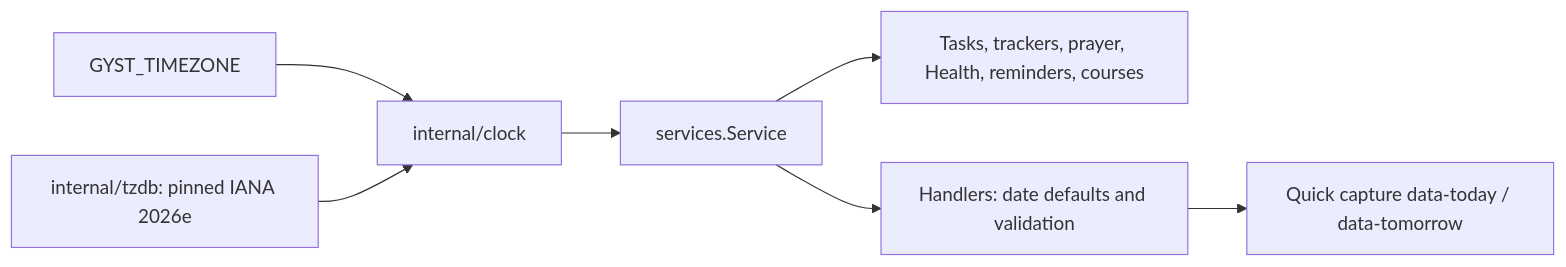
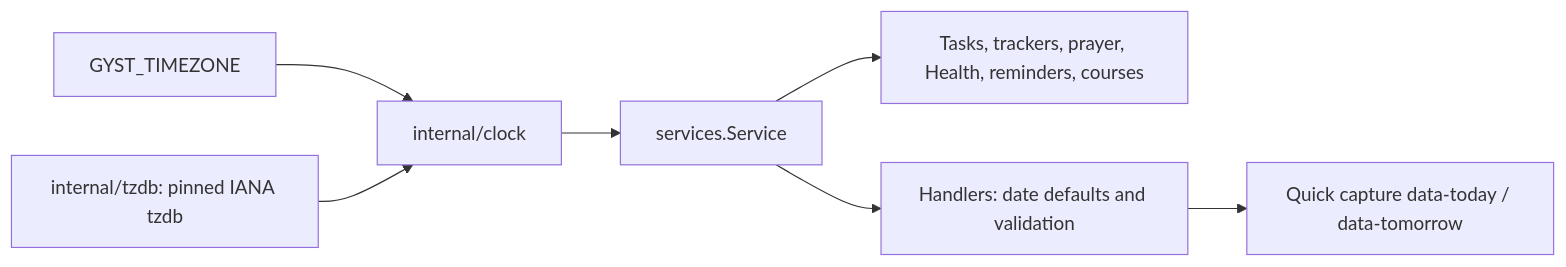
One commit to JayDalool/gyst-lifeops changed the second of 5 diagrams in docs/ARCHITECTURE.md. Above: the diagram before and after it, drawn with Mermaid. The commit also changed 5 other files, not shown here.

````diff
--- a/docs/ARCHITECTURE.md
+++ b/docs/ARCHITECTURE.md
@@ -126,9 +126,9 @@
 ```mermaid
 flowchart LR
     Env[GYST_TIMEZONE] --> Clock[internal/clock]
-    TZDB[internal/tzdb: pinned IANA 2026e] --> Clock
+    TZDB[internal/tzdb: pinned IANA tzdb] --> Clock
     Clock --> Service[services.Service]
     Service --> Days[Tasks, trackers, prayer, Health, reminders, courses]
     Service --> Handlers[Handlers: date defaults and validation]
     Handlers --> Palette[Quick capture data-today / data-tomorrow]
 ```
````
